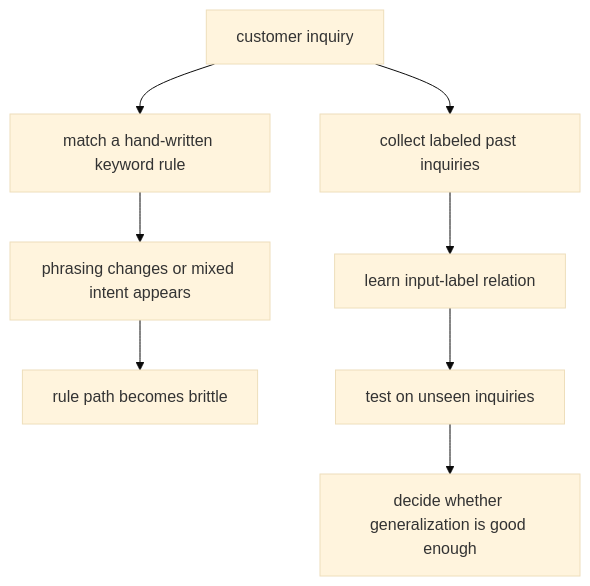
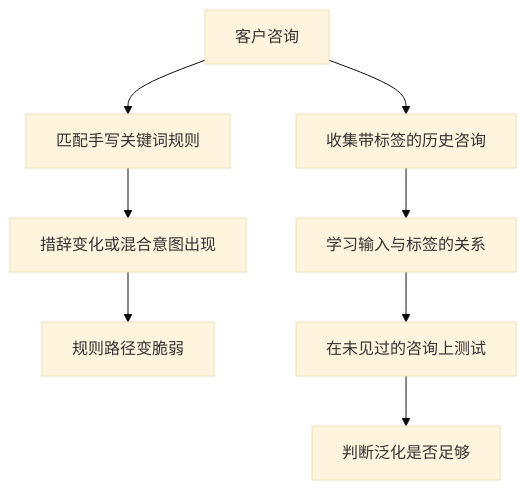
One commit to devchan64/AiBook changed the third of 3 diagrams in docs/zh/parts/part-04/chapter-01/section-02.md. Above: the diagram before and after it, drawn with Mermaid (base theme). The commit also changed other lines of this file and 11 other files, not shown here.

````diff
--- a/docs/zh/parts/part-04/chapter-01/section-02.md
+++ b/docs/zh/parts/part-04/chapter-01/section-02.md
@@ -266,14 +266,14 @@
 ```mermaid
 flowchart TD
-  A["customer inquiry"]
-  B["match a hand-written keyword rule"]
-  C["phrasing changes or mixed intent appears"]
-  D["rule path becomes brittle"]
-  E["collect labeled past inquiries"]
-  F["learn input-label relation"]
-  G["test on unseen inquiries"]
-  H["decide whether generalization is good enough"]
+  A["客户咨询"]
+  B["匹配手写关键词规则"]
+  C["措辞变化或混合意图出现"]
+  D["规则路径变脆弱"]
+  E["收集带标签的历史咨询"]
+  F["学习输入与标签的关系"]
+  G["在未见过的咨询上测试"]
+  H["判断泛化是否足够"]
 
   A --> B --> C --> D
   A --> E --> F --> G --> H
 ```
````
